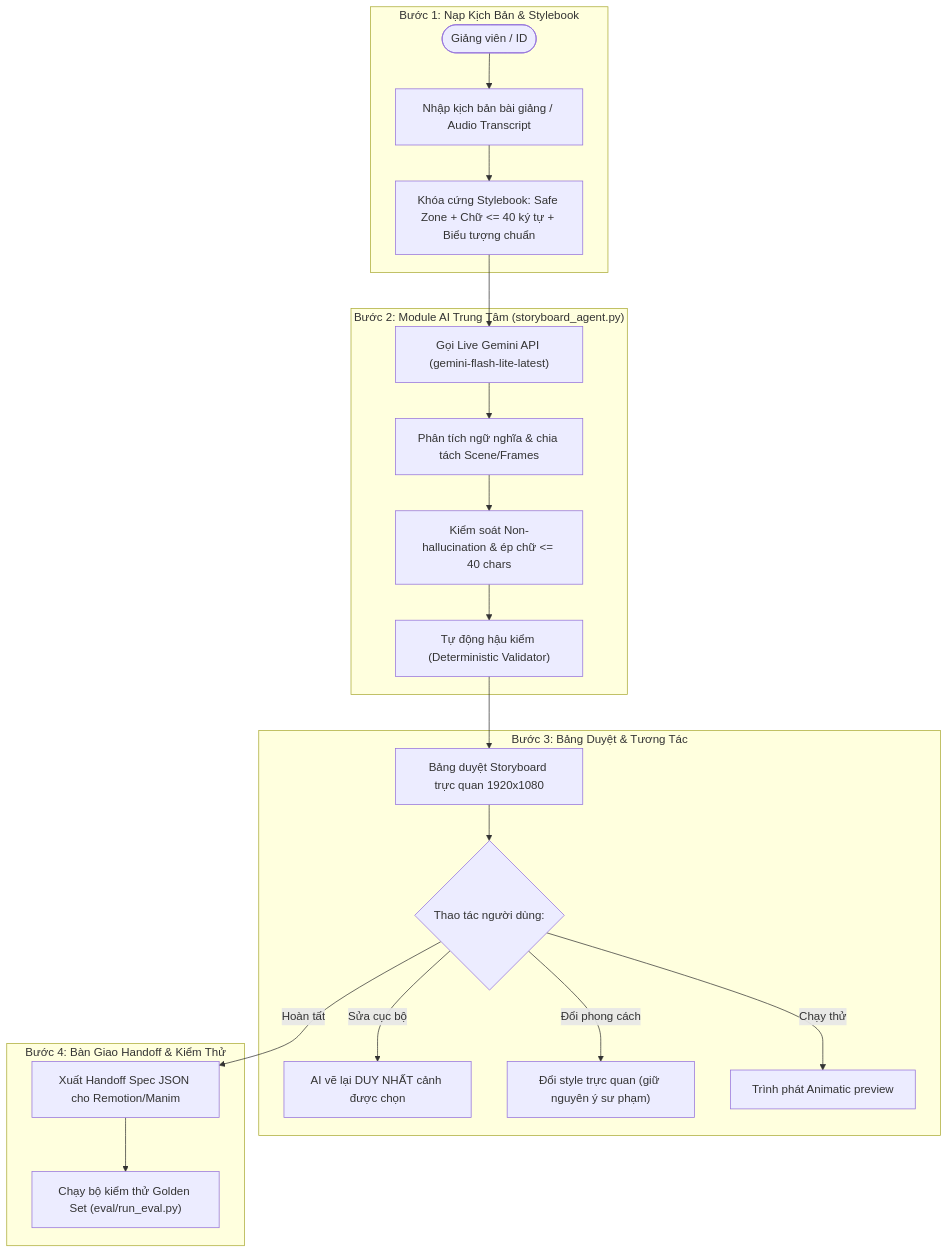
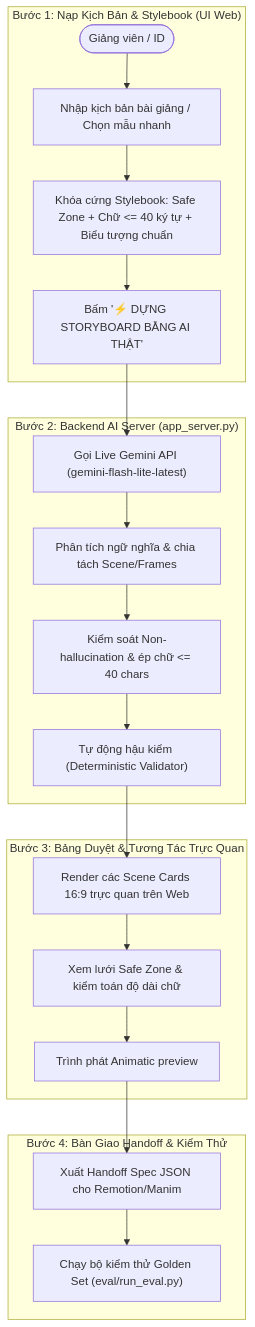
Before and after one commit to HoangTranTuan/K4-3B-E403-BotVN: the diagram in codebase/README.md, drawn with Mermaid. The commit also changed other lines of this file and 3 other files, not shown here.

Commit message:
feat: integrate full web app GUI with live Gemini AI call

````diff
--- a/codebase/README.md
+++ b/codebase/README.md
@@ -68,27 +66,26 @@
 ```mermaid
 flowchart TD
-    subgraph G1 ["Bước 1: Nạp Kịch Bản & Stylebook"]
-        U(["Giảng viên / ID"]) --> S1["Nhập kịch bản bài giảng / Audio Transcript"]
+    subgraph G1 ["Bước 1: Nạp Kịch Bản & Stylebook (UI Web)"]
+        U(["Giảng viên / ID"]) --> S1["Nhập kịch bản bài giảng / Chọn mẫu nhanh"]
         S1 --> S2["Khóa cứng Stylebook: Safe Zone + Chữ <= 40 ký tự + Biểu tượng chuẩn"]
+        S2 --> S3["Bấm '⚡ DỰNG STORYBOARD BẰNG AI THẬT'"]
     end
 
-    subgraph G2 ["Bước 2: Module AI Trung Tâm (storyboard_agent.py)"]
-        S2 --> P1["Gọi Live Gemini API (gemini-flash-lite-latest)"]
+    subgraph G2 ["Bước 2: Backend AI Server (app_server.py)"]
+        S3 --> P1["Gọi Live Gemini API (gemini-flash-lite-latest)"]
         P1 --> P2["Phân tích ngữ nghĩa & chia tách Scene/Frames"]
         P2 --> P3["Kiểm soát Non-hallucination & ép chữ <= 40 chars"]
         P3 --> P4["Tự động hậu kiểm (Deterministic Validator)"]
     end
 
-    subgraph G3 ["Bước 3: Bảng Duyệt & Tương Tác"]
-        P4 --> B1["Bảng duyệt Storyboard trực quan 1920x1080"]
-        B1 --> B2{"Thao tác người dùng:"}
-        B2 -->|"Sửa cục bộ"| EDIT1["AI vẽ lại DUY NHẤT cảnh được chọn"]
-        B2 -->|"Đổi phong cách"| EDIT2["Đổi style trực quan (giữ nguyên ý sư phạm)"]
-        B2 -->|"Chạy thử"| PLAY["Trình phát Animatic preview"]
+    subgraph G3 ["Bước 3: Bảng Duyệt & Tương Tác Trực Quan"]
+        P4 --> B1["Render các Scene Cards 16:9 trực quan trên Web"]
+        B1 --> B2["Xem lưới Safe Zone & kiểm toán độ dài chữ"]
+        B2 --> PLAY["Trình phát Animatic preview"]
     end
 
     subgraph G4 ["Bước 4: Bàn Giao Handoff & Kiểm Thử"]
-        B2 -->|"Hoàn tất"| OUT1["Xuất Handoff Spec JSON cho Remotion/Manim"]
+        PLAY --> OUT1["Xuất Handoff Spec JSON cho Remotion/Manim"]
         OUT1 --> EVAL["Chạy bộ kiểm thử Golden Set (eval/run_eval.py)"]
     end
 ```
````
